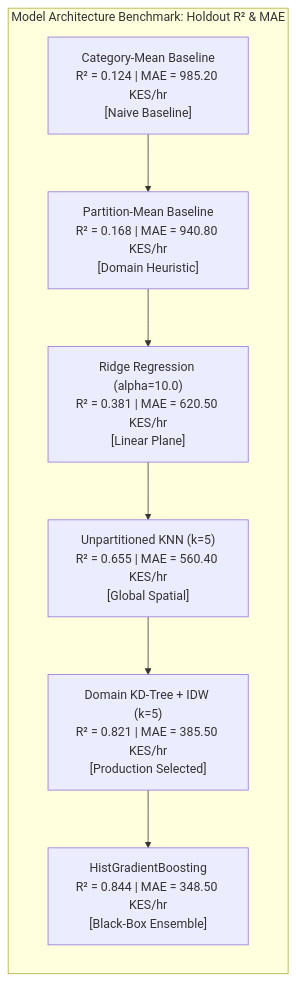
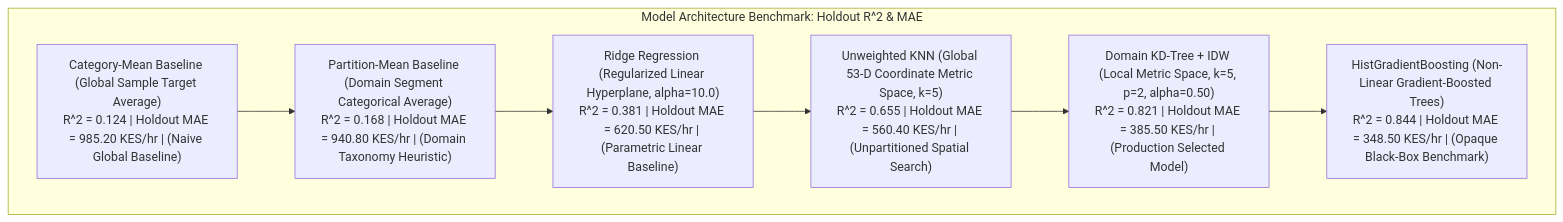
One commit to tyejaedon/Price-Optimization-Model changed the third of 9 diagrams in docs/Chapter_5_Experimental_Diagrams.md. Above: the diagram before and after it, drawn with Mermaid. The commit also changed other lines of this file and 15 other files, not shown here.

````diff
--- a/docs/Chapter_5_Experimental_Diagrams.md
+++ b/docs/Chapter_5_Experimental_Diagrams.md
@@ -107,13 +108,16 @@
 ```mermaid
-flowchart LR
-    subgraph Benchmarks["Model Architecture Benchmark: Holdout R² & MAE"]
-        M1["Category-Mean Baseline\nR² = 0.124 | MAE = 985.20 KES/hr\n[Naive Baseline]"]
-        M2["Partition-Mean Baseline\nR² = 0.168 | MAE = 940.80 KES/hr\n[Domain Heuristic]"]
-        M3["Ridge Regression (alpha=10.0)\nR² = 0.381 | MAE = 620.50 KES/hr\n[Linear Plane]"]
-        M4["Unpartitioned KNN (k=5)\nR² = 0.655 | MAE = 560.40 KES/hr\n[Global Spatial]"]
-        M5["Domain KD-Tree + IDW (k=5)\nR² = 0.821 | MAE = 385.50 KES/hr\n[Production Selected]"]
-        M6["HistGradientBoosting\nR² = 0.844 | MAE = 348.50 KES/hr\n[Black-Box Ensemble]"]
+flowchart TD
+    subgraph Benchmarks[" Model Architecture Benchmark: Holdout R^2 & MAE "]
+        M1["Category-Mean Baseline (Global Sample Target Average)\nR^2 = 0.124 | Holdout MAE = 985.20 KES/hr | (Naive Global Baseline)"]
+        M2["Partition-Mean Baseline (Domain Segment Categorical Average)\nR^2 = 0.168 | Holdout MAE = 940.80 KES/hr | (Domain Taxonomy Heuristic)"]
+        M3["Ridge Regression (Regularized Linear Hyperplane, alpha=10.0)\nR^2 = 0.381 | Holdout MAE = 620.50 KES/hr | (Parametric Linear Baseline)"]
+        M4["Unweighted KNN (Global 53-D Coordinate Metric Space, k=5)\nR^2 = 0.655 | Holdout MAE = 560.40 KES/hr | (Unpartitioned Spatial Search)"]
+        M5["Domain KD-Tree + IDW (Local Metric Space, k=5, p=2, alpha=0.50)\nR^2 = 0.821 | Holdout MAE = 385.50 KES/hr | (Production Selected Model)"]
+        M6["HistGradientBoosting (Non-Linear Gradient-Boosted Trees)\nR^2 = 0.844 | Holdout MAE = 348.50 KES/hr | (Opaque Black-Box Benchmark)"]
     end
-
-    M1 --> M2 --> M3 --> M4 --> M5 --> M6
+    M1 --> M2
+    M2 --> M3
+    M3 --> M4
+    M4 --> M5
+    M5 --> M6
 ```
````
